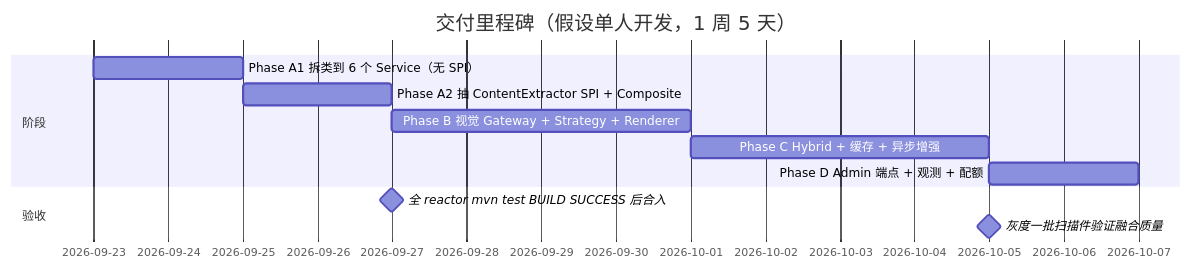
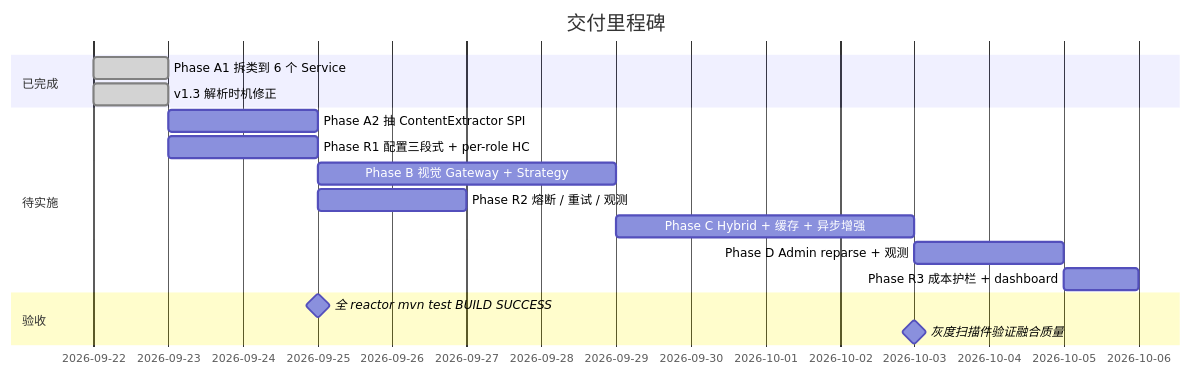
Before and after one commit to mouhinU/Knowledge_Repository: the sixth of 7 diagrams in docs/extraction-strategy-refactor-plan.md, drawn with Mermaid. The commit also changed other lines of this file, not shown here.

````diff
--- a/docs/extraction-strategy-refactor-plan.md
+++ b/docs/extraction-strategy-refactor-plan.md
@@ -187,14 +199,19 @@
 ```mermaid
 gantt
-    title 交付里程碑（假设单人开发，1 周 5 天）
+    title 交付里程碑
     dateFormat  YYYY-MM-DD
-    section 阶段
-    Phase A1 拆类到 6 个 Service（无 SPI）   :a1, 2026-09-23, 2d
-    Phase A2 抽 ContentExtractor SPI + Composite :a2, after a1, 2d
-    Phase B  视觉 Gateway + Strategy + Renderer  :b,  after a2, 4d
-    Phase C  Hybrid + 缓存 + 异步增强            :c,  after b, 4d
-    Phase D  Admin 端点 + 观测 + 配额             :d,  after c, 2d
+    section 已完成
+    Phase A1 拆类到 6 个 Service          :done, a1, 2026-09-22, 1d
+    v1.3 解析时机修正                      :done, v13, 2026-09-22, 1d
+    section 待实施
+    Phase A2 抽 ContentExtractor SPI      :a2, 2026-09-23, 2d
+    Phase R1 配置三段式 + per-role HC     :r1, 2026-09-23, 2d
+    Phase B  视觉 Gateway + Strategy      :b,  after a2, 4d
+    Phase R2 熔断 / 重试 / 观测           :r2, after a2, 2d
+    Phase C  Hybrid + 缓存 + 异步增强     :c,  after b, 4d
+    Phase D  Admin reparse + 观测          :d,  after c, 2d
+    Phase R3 成本护栏 + dashboard         :r3, after d, 1d
     section 验收
-    全 reactor mvn test BUILD SUCCESS 后合入       :milestone, after a2, 0d
-    灰度一批扫描件验证融合质量                     :milestone, after c, 0d
+    全 reactor mvn test BUILD SUCCESS     :milestone, after a2, 0d
+    灰度扫描件验证融合质量                 :milestone, after c, 0d
 ```
````
